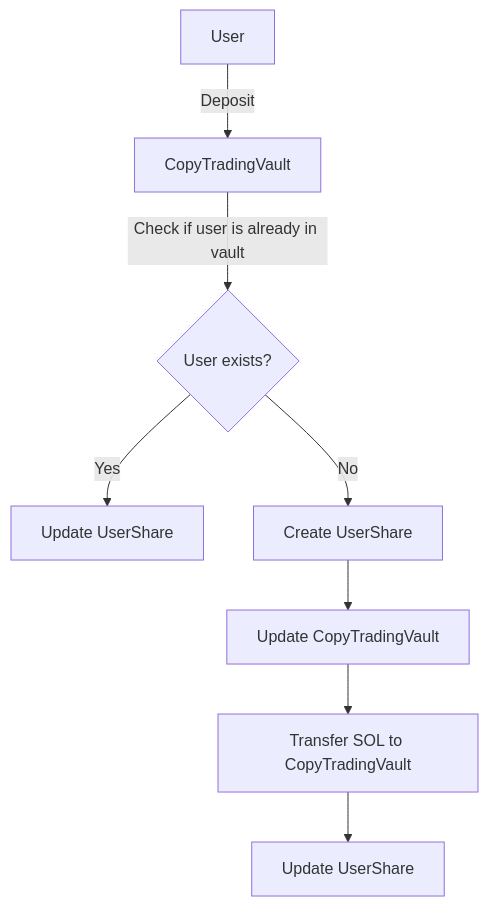
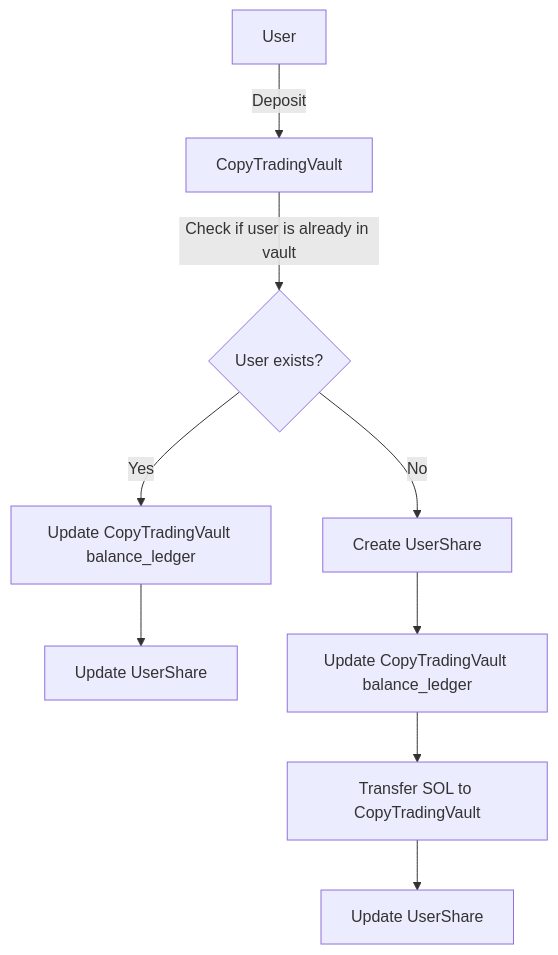
One commit to n3m6/Q2_25_Builder_Faraz changed the third of 5 diagrams in docs/Architecture.md. Above: the diagram before and after it, drawn with Mermaid. The commit also changed other lines of this file and 1 other file, not shown here.

````diff
--- a/docs/Architecture.md
+++ b/docs/Architecture.md
@@ -68,10 +85,11 @@
 ```mermaid
 flowchart TD
     A[User] -->|Deposit| B[CopyTradingVault]
     B -->|Check if user is already in vault| C{User exists?}
-    C -->|Yes| D[Update UserShare]
+    C -->|Yes| D[Update CopyTradingVault balance_ledger]
+    D --> I[Update UserShare]
     C -->|No| E[Create UserShare]
-    E --> F[Update CopyTradingVault]
+    E --> F[Update CopyTradingVault balance_ledger]
     F --> G[Transfer SOL to CopyTradingVault]
     G --> H[Update UserShare]
 ```
````
